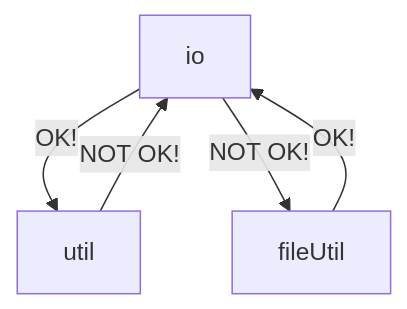
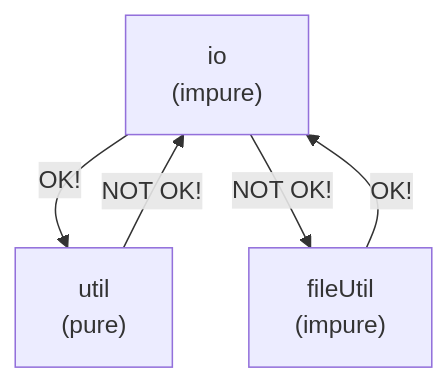
One commit to mattriley/node-module-composer changed the fourth of 4 diagrams in README-TEMPLATE.md. Above: the diagram before and after it, drawn with Mermaid. The commit also changed 1 other file, not shown here.

Commit message:
Unspecified changes

````diff
--- a/README-TEMPLATE.md
+++ b/README-TEMPLATE.md
@@ -257,7 +257,7 @@
 ```mermaid
 graph TD;
-    io-->|OK!|util
+    io["io<br/>(impure)"]-->|OK!|util
     io-->|NOT OK!|fileUtil
-    util-->|NOT OK!|io
-    fileUtil-->|OK!|io
+    util["util<br/>(pure)"]-->|NOT OK!|io
+    fileUtil["fileUtil<br/>(impure)"]-->|OK!|io
 ```
````
